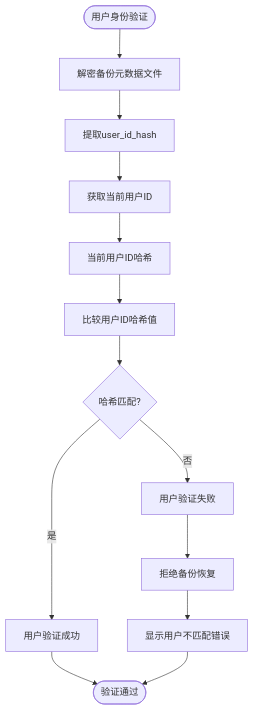
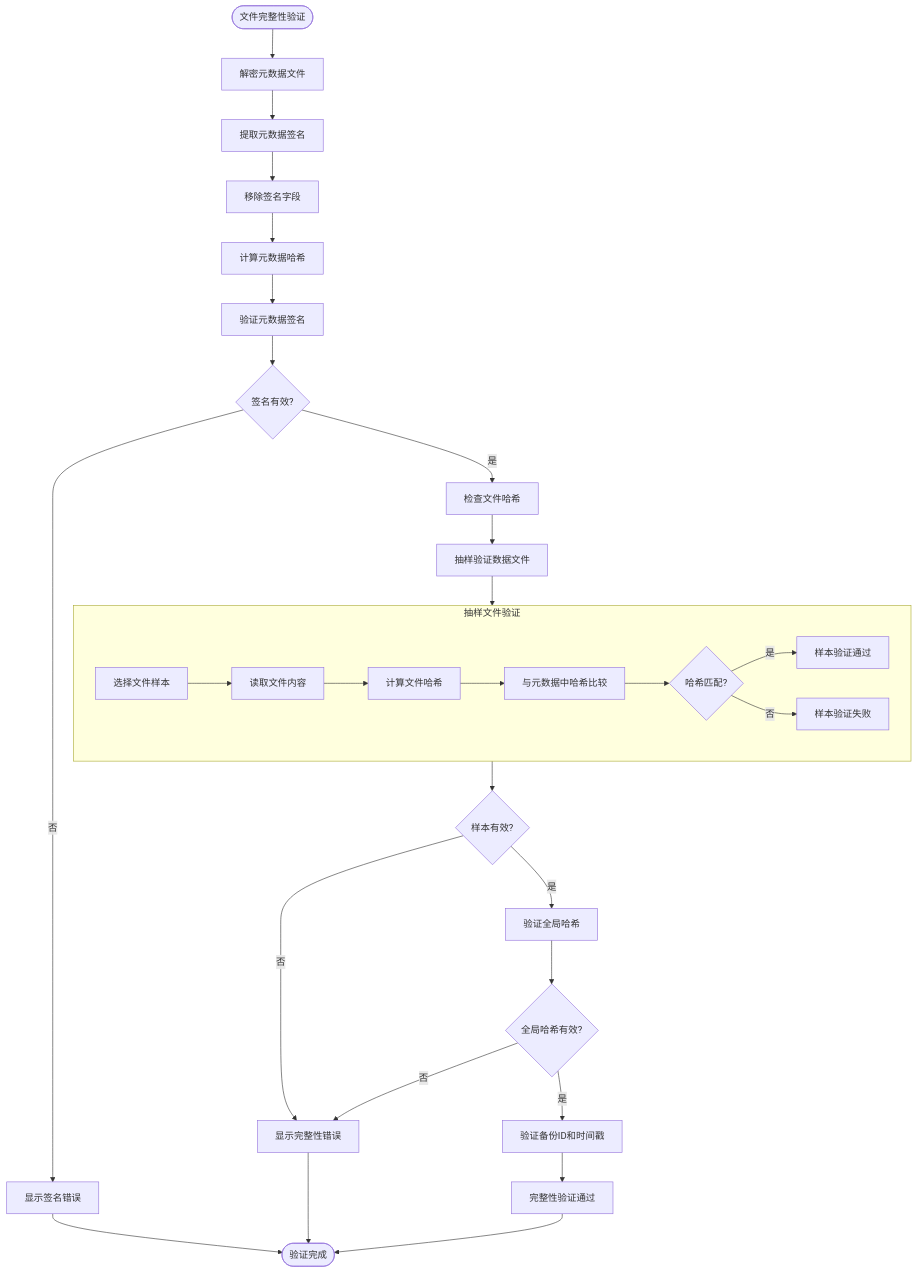
One commit to yingjianzh/iodraw-files changed the diagram in all/未命名-53.md. Above: the diagram before and after it, drawn with Mermaid.

Commit message:
2025-05-09 16:46:41 update

````diff
--- a/all/未命名-53.md
+++ b/all/未命名-53.md
@@ -1,19 +1,40 @@
 ```mermaid
 flowchart TD
-    Start([用户身份验证]) --> DecryptMetadata[解密备份元数据文件]
-    DecryptMetadata --> ExtractUserHash[提取user_id_hash]
-    ExtractUserHash --> GetCurrentUser[获取当前用户ID]
+    Start([文件完整性验证]) --> DecryptMetadata[解密元数据文件]
+    DecryptMetadata --> ExtractSignature[提取元数据签名]
+    ExtractSignature --> RemoveSignatureField[移除签名字段]
+    RemoveSignatureField --> ComputeMetadataHash[计算元数据哈希]
     
-    GetCurrentUser --> HashCurrentUser[当前用户ID哈希]
-    HashCurrentUser --> CompareHashes[比较用户ID哈希值]
+    ComputeMetadataHash --> ValidateMetadataSignature[验证元数据签名]
+    ValidateMetadataSignature --> MetadataSignatureValid{签名有效?}
     
-    CompareHashes --> HashMatch{哈希匹配?}
-    HashMatch -->|是| VerifySuccess[用户验证成功]
-    HashMatch -->|否| VerifyFailure[用户验证失败]
+    MetadataSignatureValid -->|否| SignatureError[显示签名错误]
+    MetadataSignatureValid -->|是| CheckFileHashes[检查文件哈希]
     
-    VerifySuccess --> End([验证通过])
-    VerifyFailure --> RejectBackup[拒绝备份恢复]
-    RejectBackup --> ShowUserError[显示用户不匹配错误]
+    CheckFileHashes --> SampleDataFiles[抽样验证数据文件]
     
-    ShowUserError --> End
+    subgraph SampleValidation [抽样文件验证]
+        SV1[选择文件样本] --> SV2[读取文件内容]
+        SV2 --> SV3[计算文件哈希]
+        SV3 --> SV4[与元数据中哈希比较]
+        SV4 --> SV5{哈希匹配?}
+        SV5 -->|是| SV6[样本验证通过]
+        SV5 -->|否| SV7[样本验证失败]
+    end
+    
+    SampleDataFiles --> SampleValidation
+    
+    SampleValidation --> SamplesValid{样本有效?}
+    SamplesValid -->|否| IntegrityError[显示完整性错误]
+    SamplesValid -->|是| CheckGlobalHash[验证全局哈希]
+    
+    CheckGlobalHash --> GlobalHashValid{全局哈希有效?}
+    GlobalHashValid -->|否| IntegrityError
+    GlobalHashValid -->|是| ValidateBackupID[验证备份ID和时间戳]
+    
+    ValidateBackupID --> ValidationComplete[完整性验证通过]
+    ValidationComplete --> End([验证完成])
+    
+    SignatureError --> End
+    IntegrityError --> End
 ```
````
